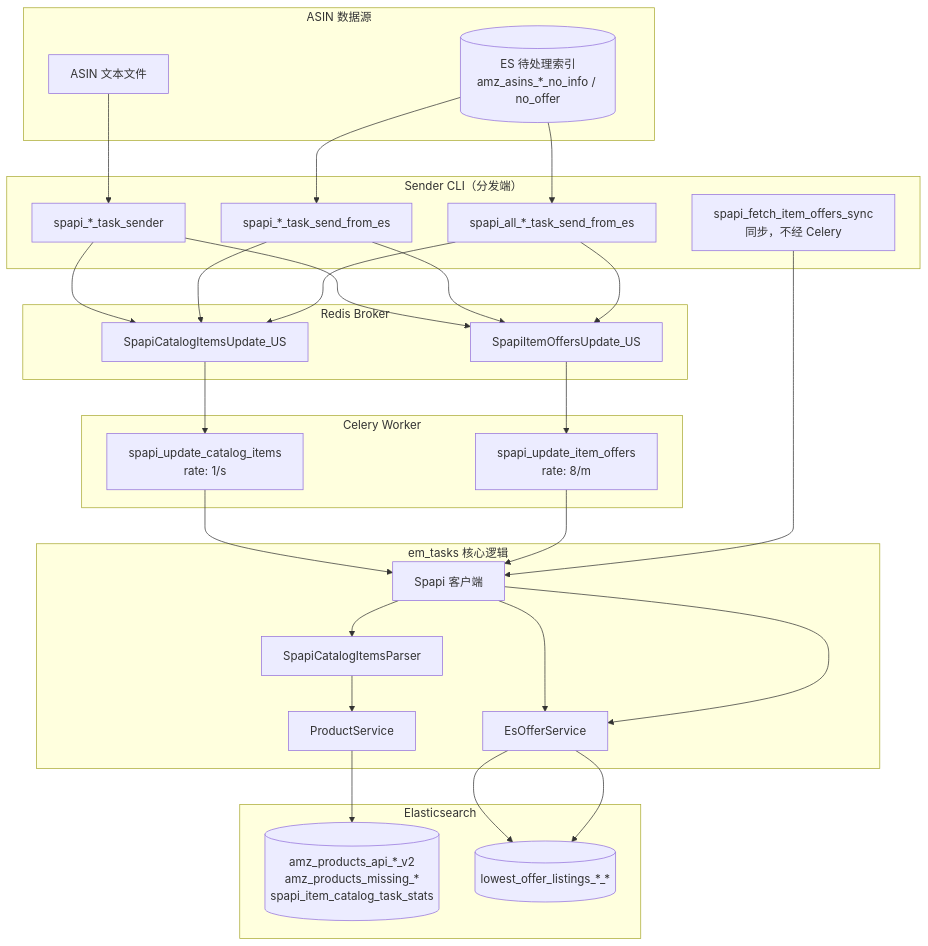
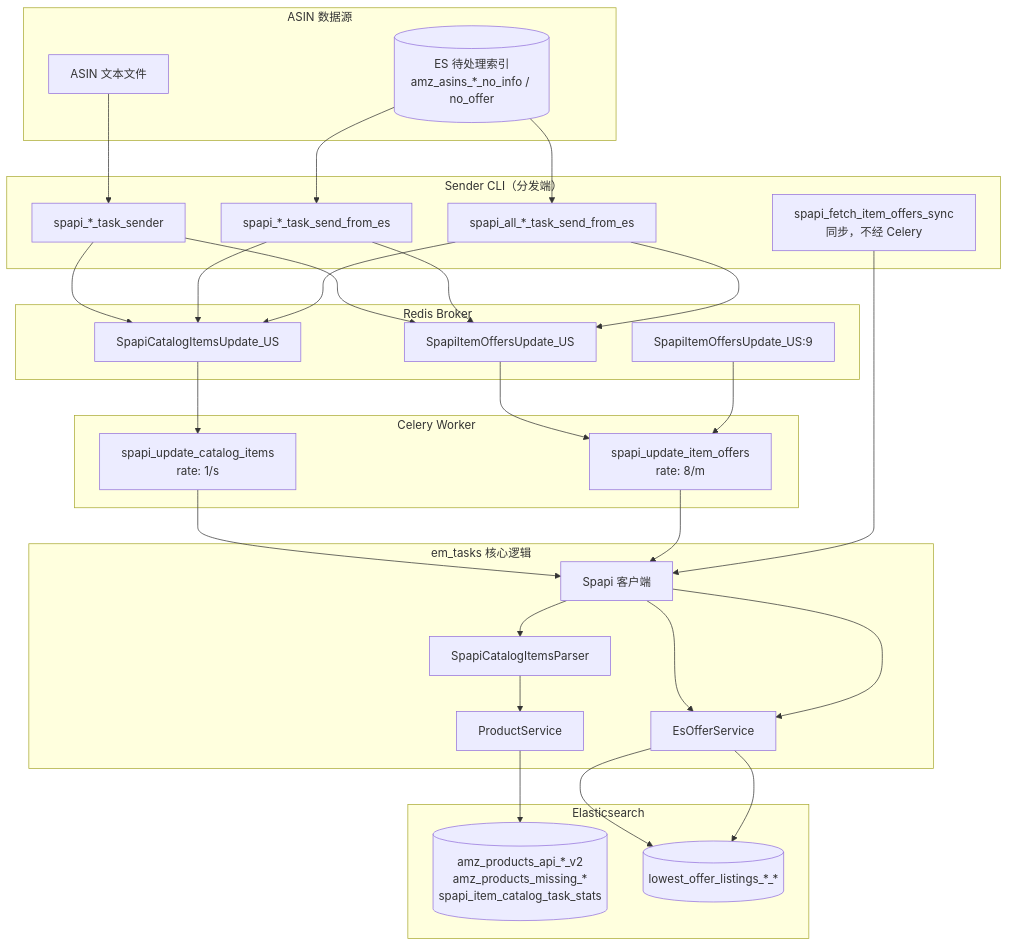
The first of 9 diagrams in docs/TECHNICAL.md (AriseshineSky/em-spapi-celery), drawn with Mermaid before and after one commit. The commit also changed other lines of this file and 35 other files, not shown here.

````diff
--- a/docs/TECHNICAL.md
+++ b/docs/TECHNICAL.md
@@ -32,48 +41,49 @@
 ```mermaid
 flowchart TB
     subgraph Sources["ASIN 数据源"]
         F[ASIN 文本文件]
         ES_IN[(ES 待处理索引<br/>amz_asins_*_no_info / no_offer)]
     end
 
     subgraph Senders["Sender CLI（分发端）"]
         S_FILE[spapi_*_task_sender]
         S_ES[spapi_*_task_send_from_es]
         S_ALL[spapi_all_*_task_send_from_es]
         S_SYNC[spapi_fetch_item_offers_sync<br/>同步，不经 Celery]
     end
 
     subgraph Broker["Redis Broker"]
         Q_CAT[SpapiCatalogItemsUpdate_US]
         Q_OFF[SpapiItemOffersUpdate_US]
+        Q_OFF9[SpapiItemOffersUpdate_US:9]
     end
 
     subgraph Worker["Celery Worker"]
         T_CAT[spapi_update_catalog_items<br/>rate: 1/s]
         T_OFF[spapi_update_item_offers<br/>rate: 8/m]
     end
 
     subgraph Core["em_tasks 核心逻辑"]
         SPAPI[Spapi 客户端]
         PARSER[SpapiCatalogItemsParser]
         PS[ProductService]
         OS[EsOfferService]
     end
 
     subgraph Storage["Elasticsearch"]
         ES_CAT[(amz_products_api_*_v2<br/>amz_products_missing_*<br/>spapi_item_catalog_task_stats)]
         ES_OFF[(lowest_offer_listings_*_*)]
     end
 
     F --> S_FILE
     ES_IN --> S_ES
     ES_IN --> S_ALL
     S_FILE --> Q_CAT & Q_OFF
     S_ES --> Q_CAT & Q_OFF
     S_ALL --> Q_CAT & Q_OFF
     Q_CAT --> T_CAT
-    Q_OFF --> T_OFF
+    Q_OFF & Q_OFF9 --> T_OFF
     T_CAT --> SPAPI --> PARSER --> PS --> ES_CAT
     T_OFF --> SPAPI --> OS --> ES_OFF
     S_SYNC --> SPAPI --> OS --> ES_OFF
 ```
````
